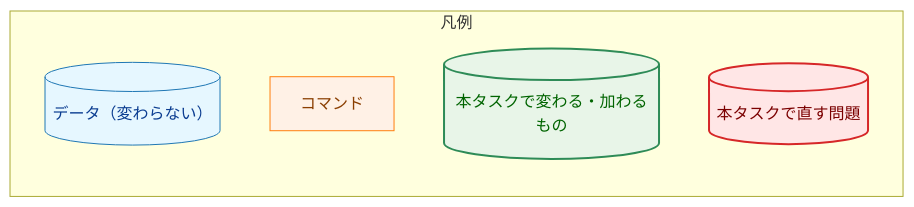
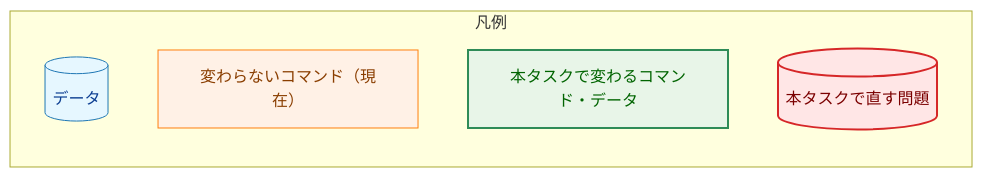
Before and after one commit to isseis/yt2column: the second of 11 diagrams in docs/tasks/0032_japanese_pr_title/02_architecture.md, drawn with Mermaid. The commit also changed other lines of this file, not shown here.

First line of the commit message:
docs(0032): address the architecture review and prose pass

````diff
--- a/docs/tasks/0032_japanese_pr_title/02_architecture.md
+++ b/docs/tasks/0032_japanese_pr_title/02_architecture.md
@@ -80,17 +82,17 @@
 ```mermaid
 flowchart LR
     classDef data fill:#e6f7ff,stroke:#1f77b4,stroke-width:1px,color:#0b3d91;
     classDef process fill:#fff1e6,stroke:#ff7f0e,stroke-width:1px,color:#8a3e00;
     classDef enhanced fill:#e8f5e8,stroke:#2e8b57,stroke-width:2px,color:#006400;
     classDef problem fill:#ffe6e6,stroke:#d62728,stroke-width:2px,color:#7b0000;
     subgraph Legend["凡例"]
-        L1[("データ（変わらない）")]
-        L2["コマンド"]
-        L3[("本タスクで変わる・加わるもの")]
+        L1[("データ")]
+        L2["変わらないコマンド（現在）"]
+        L3["本タスクで変わるコマンド・データ"]
         L4[("本タスクで直す問題")]
     end
     class L1 data
     class L2 process
     class L3 enhanced
     class L4 problem
 ```
````
